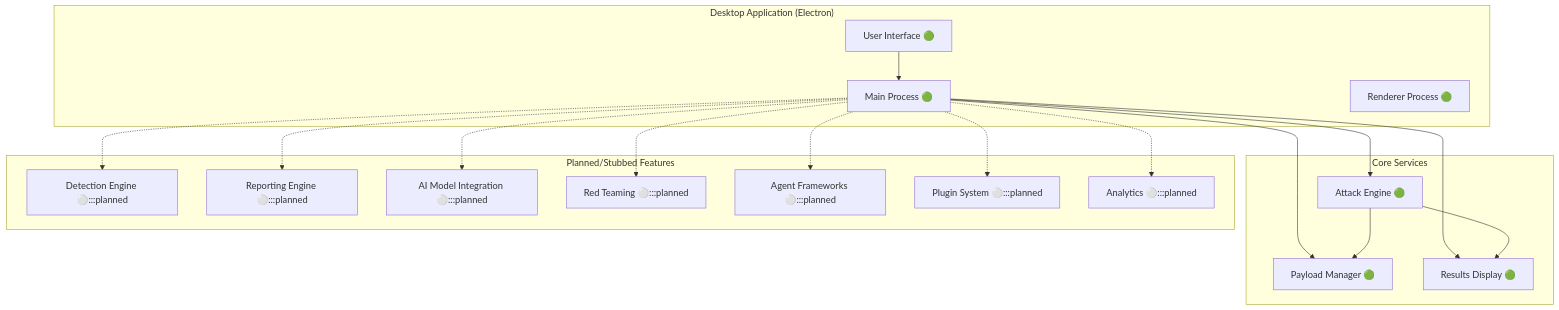
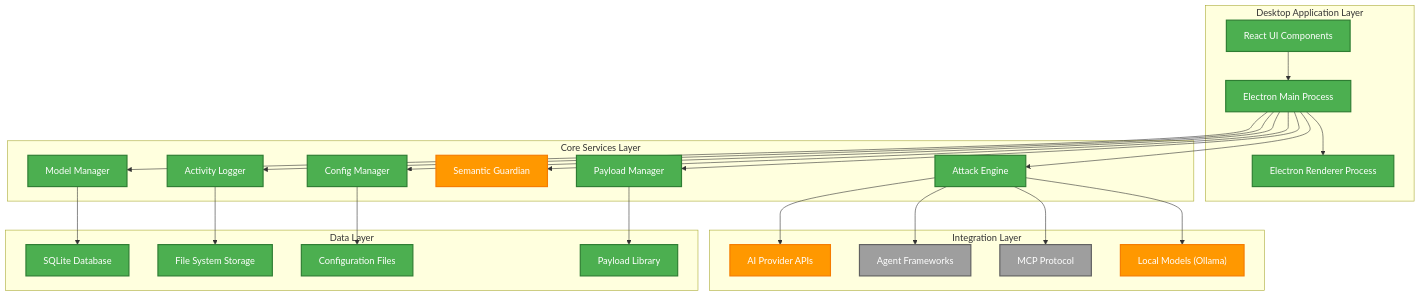
One commit to preambleai/prompt-injector changed the first of 19 diagrams in docs/PROMPT_INJECTOR_DIAGRAMS.md. Above: the diagram before and after it, drawn with Mermaid. The commit also changed other lines of this file and 67 other files, not shown here.

````diff
--- a/docs/PROMPT_INJECTOR_DIAGRAMS.md
+++ b/docs/PROMPT_INJECTOR_DIAGRAMS.md
@@ -14,41 +27,58 @@
 ```mermaid
 graph TB
-    subgraph "Desktop Application (Electron)"
-        UI["User Interface 🟢"]
-        MainProcess["Main Process 🟢"]
-        RendererProcess["Renderer Process 🟢"]
+    subgraph "Desktop Application Layer"
+        UI["React UI Components"]
+        MainProcess["Electron Main Process"]
+        RendererProcess["Electron Renderer Process"]
     end
 
-    subgraph "Core Services"
-        AttackEngine["Attack Engine 🟢"]
-        PayloadManager["Payload Manager 🟢"]
-        ResultsDisplay["Results Display 🟢"]
+    subgraph "Core Services Layer"
+        AttackEngine["Attack Engine"]
+        ModelManager["Model Manager"]
+        PayloadManager["Payload Manager"]
+        SemanticGuardian["Semantic Guardian"]
+        ConfigManager["Config Manager"]
+        ActivityLogger["Activity Logger"]
     end
 
-    subgraph "Planned/Stubbed Features"
-        DetectionEngine["Detection Engine ⚪️":::planned]
-        ReportingEngine["Reporting Engine ⚪️":::planned]
-        AIModelIntegration["AI Model Integration ⚪️":::planned]
-        RedTeaming["Red Teaming ⚪️":::planned]
-        AgentFrameworks["Agent Frameworks ⚪️":::planned]
-        Plugins["Plugin System ⚪️":::planned]
-        Analytics["Analytics ⚪️":::planned]
+    subgraph "Integration Layer"
+        AIProviders["AI Provider APIs"]
+        AgentFrameworks["Agent Frameworks"]
+        MCPProtocol["MCP Protocol"]
+        LocalModels["Local Models (Ollama)"]
+    end
+
+    subgraph "Data Layer"
+        SQLiteDB["SQLite Database"]
+        FileSystem["File System Storage"]
+        ConfigFiles["Configuration Files"]
+        PayloadLibrary["Payload Library"]
     end
 
     UI --> MainProcess
+    MainProcess --> RendererProcess
     MainProcess --> AttackEngine
+    MainProcess --> ModelManager
     MainProcess --> PayloadManager
-    MainProcess --> ResultsDisplay
-    MainProcess -.-> DetectionEngine
-    MainProcess -.-> ReportingEngine
-    MainProcess -.-> AIModelIntegration
-    MainProcess -.-> RedTeaming
-    MainProcess -.-> AgentFrameworks
-    MainProcess -.-> Plugins
-    MainProcess -.-> Analytics
+    MainProcess --> SemanticGuardian
+    MainProcess --> ConfigManager
+    MainProcess --> ActivityLogger
 
-    AttackEngine --> PayloadManager
-    AttackEngine --> ResultsDisplay
+    AttackEngine --> AIProviders
+    AttackEngine --> AgentFrameworks
+    AttackEngine --> MCPProtocol
+    AttackEngine --> LocalModels
 
-    classDef planned fill:#e0e0e0,stroke:#bdbdbd,stroke-width:2px;
+    ModelManager --> SQLiteDB
+    PayloadManager --> PayloadLibrary
+    ConfigManager --> ConfigFiles
+    ActivityLogger --> FileSystem
+
+    classDef complete fill:#4CAF50,stroke:#2E7D32,stroke-width:2px,color:#fff
+    classDef inProgress fill:#FF9800,stroke:#F57C00,stroke-width:2px,color:#fff
+    classDef planned fill:#9E9E9E,stroke:#616161,stroke-width:2px,color:#fff
+
+    class UI,MainProcess,RendererProcess,AttackEngine,ModelManager,PayloadManager,ConfigManager,ActivityLogger,SQLiteDB,FileSystem,ConfigFiles,PayloadLibrary complete
+    class SemanticGuardian,AIProviders,LocalModels inProgress
+    class AgentFrameworks,MCPProtocol planned
 ```
````
